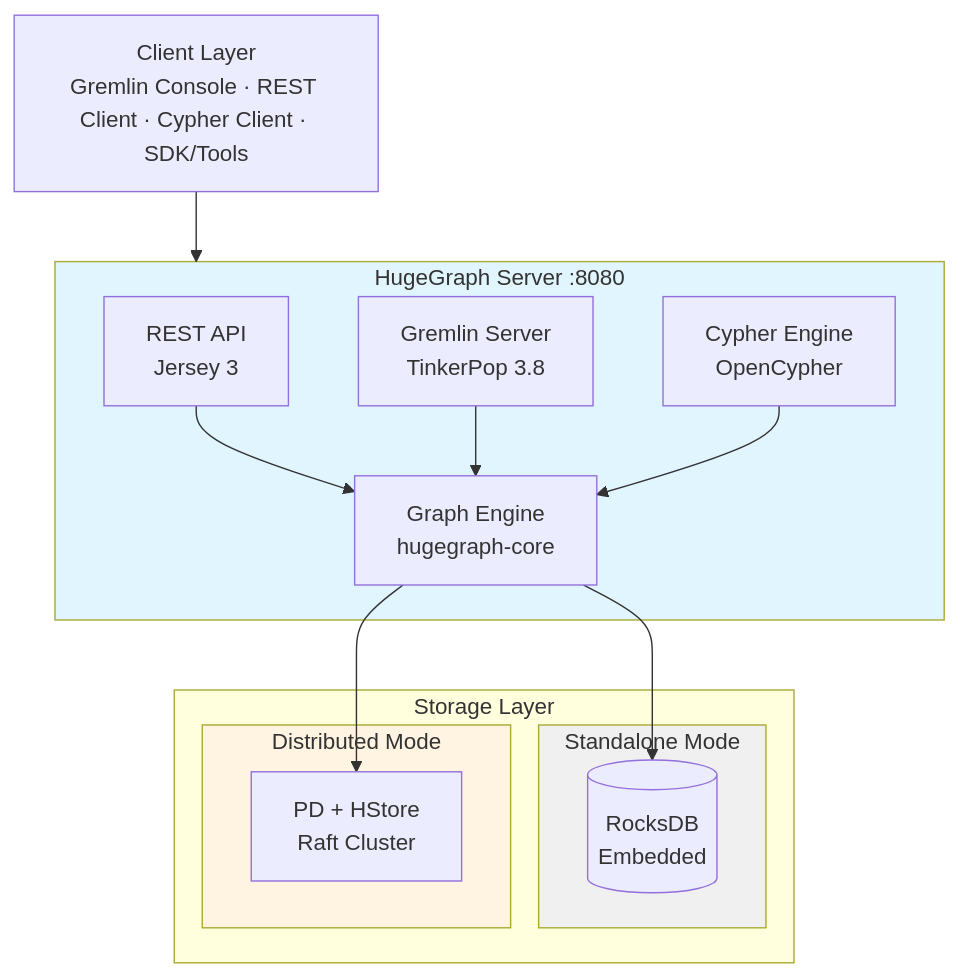
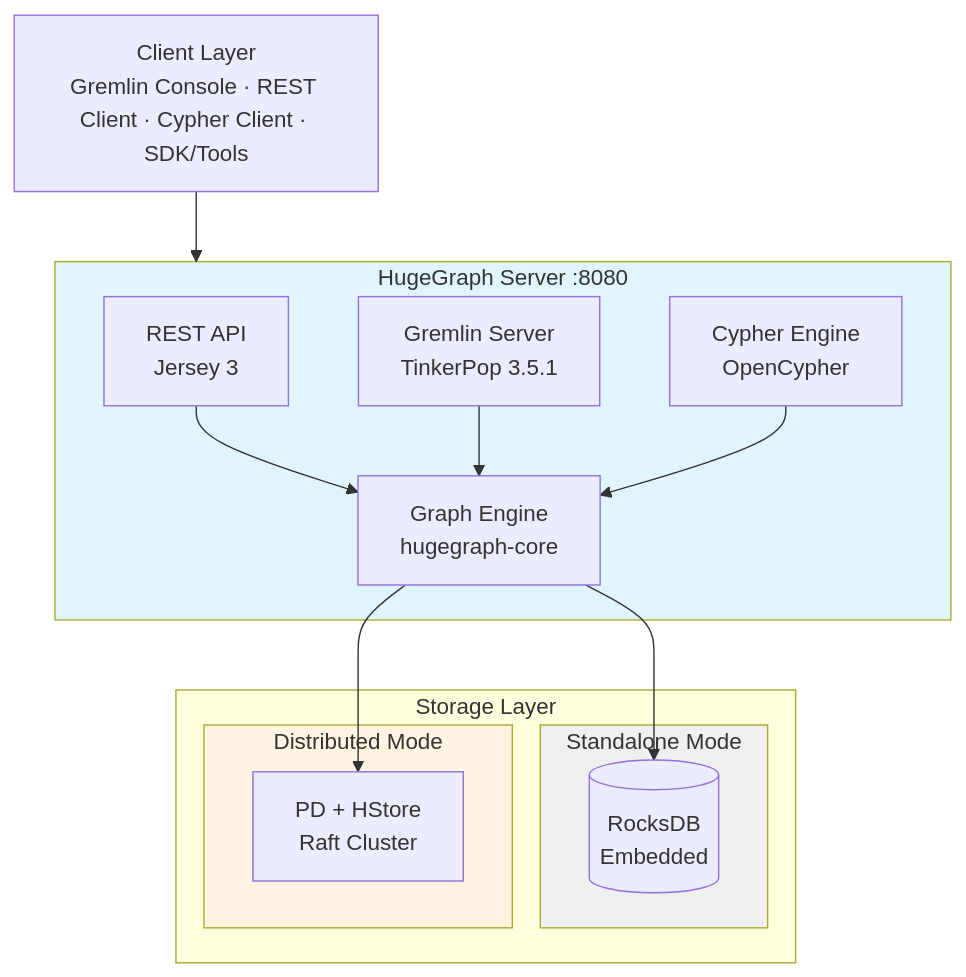
The diagram in README.md (hugegraph/hugegraph), drawn with Mermaid before and after one commit. The commit also changed other lines of this file and 3 other files, not shown here.

Commit message:
fix(store): preserve prior GraphId reservations after repair

````diff
--- a/README.md
+++ b/README.md
@@ -122,33 +122,33 @@
 ```mermaid
 flowchart TB
     CLIENTS["Client Layer<br/>Gremlin Console · REST Client · Cypher Client · SDK/Tools"]
 
     subgraph Server["HugeGraph Server :8080"]
         API[REST API<br/>Jersey 3]
-        GS[Gremlin Server<br/>TinkerPop 3.8]
+        GS[Gremlin Server<br/>TinkerPop 3.5.1]
         CS[Cypher Engine<br/>OpenCypher]
         CORE[Graph Engine<br/>hugegraph-core]
 
         API --> CORE
         GS --> CORE
         CS --> CORE
     end
 
     subgraph Storage["Storage Layer"]
         subgraph Standalone["Standalone Mode"]
             ROCKS[(RocksDB<br/>Embedded)]
         end
 
         subgraph Distributed["Distributed Mode"]
             PD_HSTORE[PD + HStore<br/>Raft Cluster]
         end
     end
 
     CLIENTS --> Server
     CORE --> ROCKS
     CORE --> PD_HSTORE
 
     style Server fill:#e1f5ff
     style Distributed fill:#fff4e1
     style Standalone fill:#f0f0f0
 ```
````
